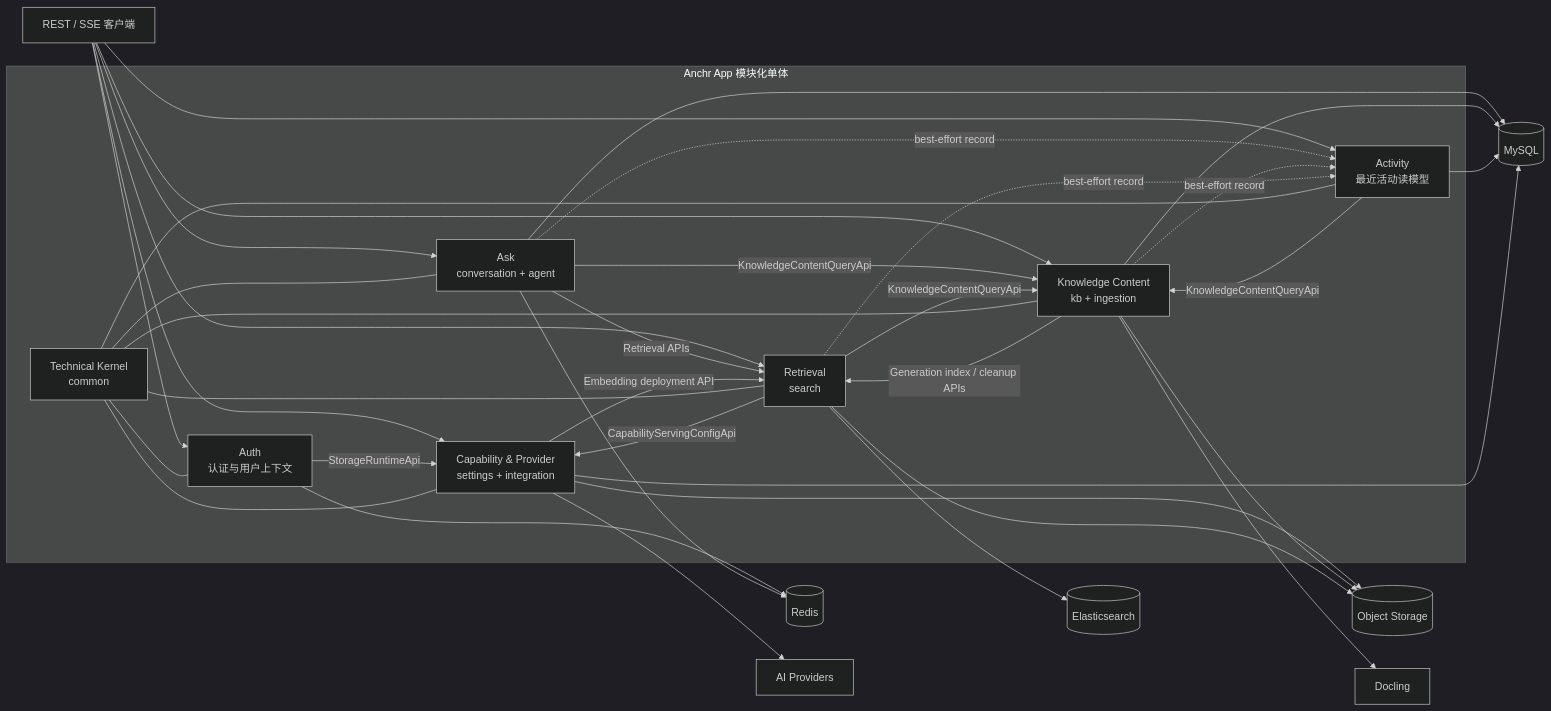
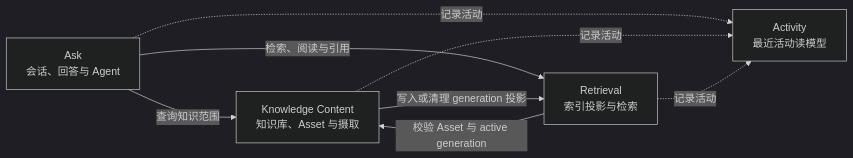
One commit to ryanmeowy/anchr-app changed the first of 4 diagrams in docs/domain-boundaries-and-interactions.md. Above: the diagram before and after it, drawn with Mermaid (dark theme). The commit also changed other lines of this file and 4 other files, not shown here.

````diff
--- a/docs/domain-boundaries-and-interactions.md
+++ b/docs/domain-boundaries-and-interactions.md
@@ -28,62 +28,16 @@
 ```mermaid
 flowchart LR
-    UI["REST / SSE 客户端"]
+    ASK["Ask<br/>会话、回答与 Agent"]
+    KC["Knowledge Content<br/>知识库、Asset 与摄取"]
+    RET["Retrieval<br/>索引投影与检索"]
+    ACT["Activity<br/>最近活动读模型"]
 
-    subgraph APP["Anchr App 模块化单体"]
-        AUTH["Auth<br/>认证与用户上下文"]
-        ASK["Ask<br/>conversation + agent"]
-        KC["Knowledge Content<br/>kb + ingestion"]
-        RET["Retrieval<br/>search"]
-        ACT["Activity<br/>最近活动读模型"]
-        CAP["Capability & Provider<br/>settings + integration"]
-        COMMON["Technical Kernel<br/>common"]
-    end
+    ASK -->|"查询知识范围"| KC
+    ASK -->|"检索、阅读与引用"| RET
+    KC -->|"写入或清理 generation 投影"| RET
+    RET -->|"校验 Asset 与 active generation"| KC
 
-    MYSQL[("MySQL")]
-    ES[("Elasticsearch")]
-    REDIS[("Redis")]
-    OSS[("Object Storage")]
-    AI["AI Providers"]
-    DOCLING["Docling"]
-
-    UI --> AUTH
-    UI --> ASK
-    UI --> KC
-    UI --> RET
-    UI --> ACT
-    UI --> CAP
-
-    ASK -->|"KnowledgeContentQueryApi"| KC
-    ASK -->|"Retrieval APIs"| RET
-    KC -->|"Generation index / cleanup APIs"| RET
-    RET -->|"KnowledgeContentQueryApi"| KC
-    RET -->|"CapabilityServingConfigApi"| CAP
-    CAP -->|"Embedding deployment API"| RET
-
-    AUTH -->|"StorageRuntimeApi"| CAP
-    ASK -.->|"best-effort record"| ACT
-    KC -.->|"best-effort record"| ACT
-    RET -.->|"best-effort record"| ACT
-    ACT -->|"KnowledgeContentQueryApi"| KC
-
-    ASK --> MYSQL
-    KC --> MYSQL
-    ACT --> MYSQL
-    CAP --> MYSQL
-    RET --> ES
-    AUTH --> REDIS
-    ASK --> REDIS
-
-    CAP --> AI
-    CAP --> OSS
-    KC --> DOCLING
-    KC --> OSS
-    RET --> OSS
-
-    COMMON --- AUTH
-    COMMON --- ASK
-    COMMON --- KC
-    COMMON --- RET
-    COMMON --- ACT
-    COMMON --- CAP
+    ASK -.->|"记录活动"| ACT
+    KC -.->|"记录活动"| ACT
+    RET -.->|"记录活动"| ACT
 ```
````
